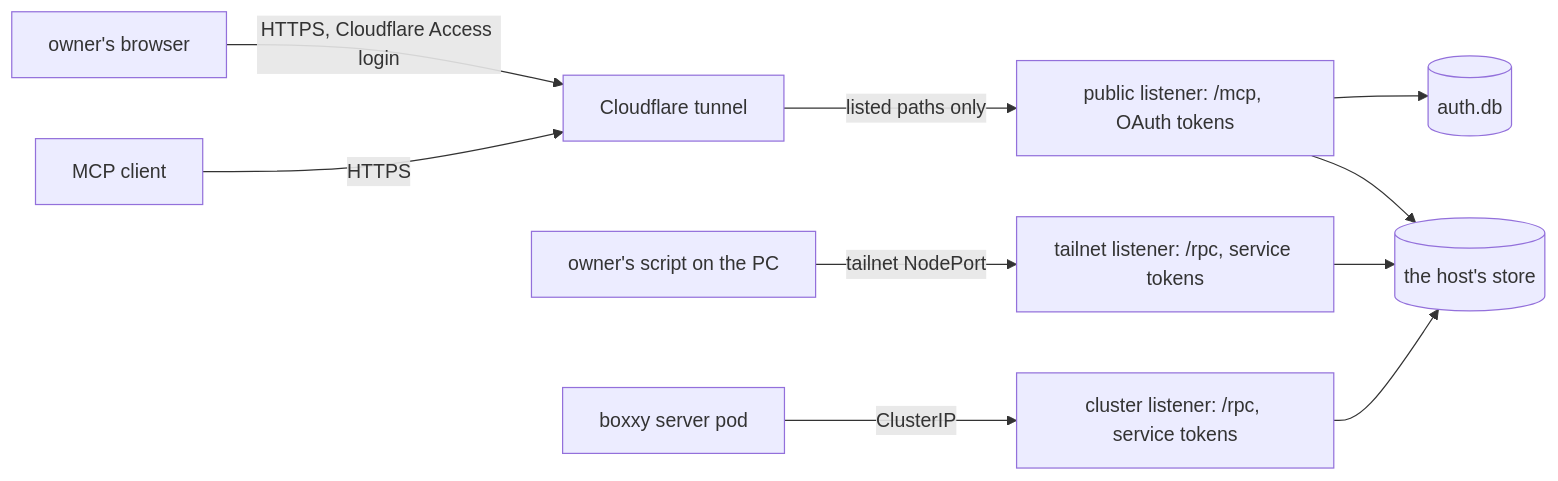
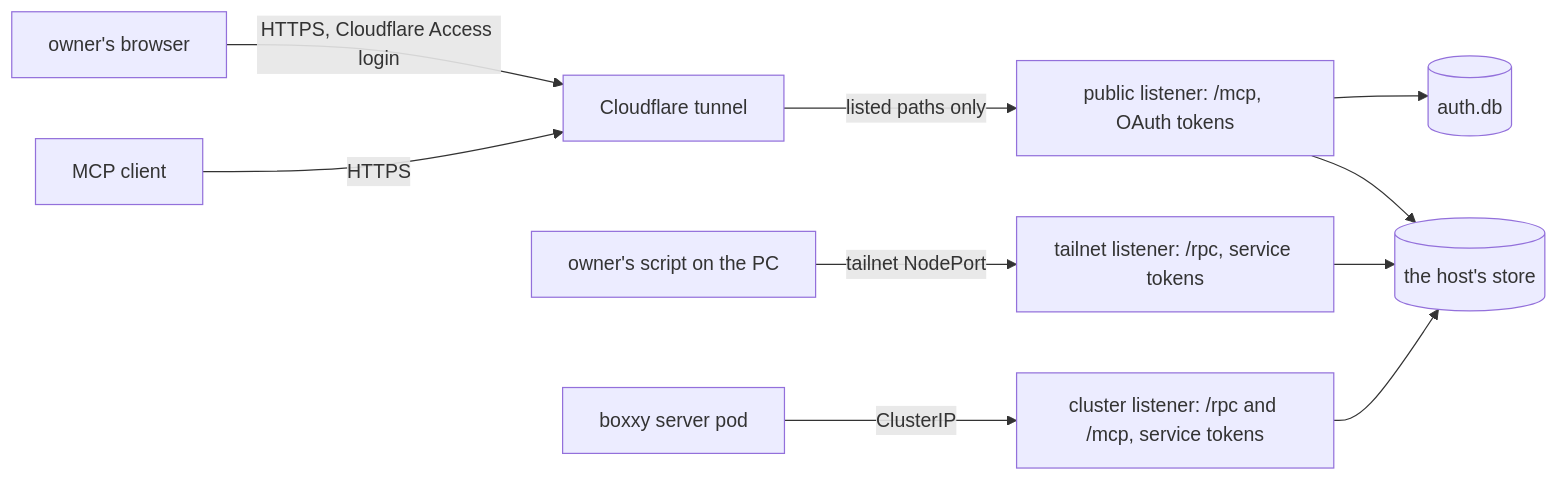
One commit to zgeoff/pepys changed the diagram in docs/design/api-auth/README.md. Above: the diagram before and after it, drawn with Mermaid. The commit also changed other lines of this file and 1 other file, not shown here.

Commit message:
docs: let a revocation empty the callers file, and serve mcp in-cluster

````diff
--- a/docs/design/api-auth/README.md
+++ b/docs/design/api-auth/README.md
@@ -36,12 +25,12 @@
 ```mermaid
 flowchart LR
   client["MCP client"] -->|"HTTPS"| edge["Cloudflare tunnel"]
   browser["owner's browser"] -->|"HTTPS, Cloudflare Access login"| edge
   edge -->|"listed paths only"| public["public listener: /mcp, OAuth tokens"]
   pc["owner's script on the PC"] -->|"tailnet NodePort"| tailnet["tailnet listener: /rpc, service tokens"]
-  boxxy["boxxy server pod"] -->|"ClusterIP"| cluster["cluster listener: /rpc, service tokens"]
+  boxxy["boxxy server pod"] -->|"ClusterIP"| cluster["cluster listener: /rpc and /mcp, service tokens"]
   public --> store[("the host's store")]
   tailnet --> store
   cluster --> store
   public --> authdb[("auth.db")]
 ```
````
